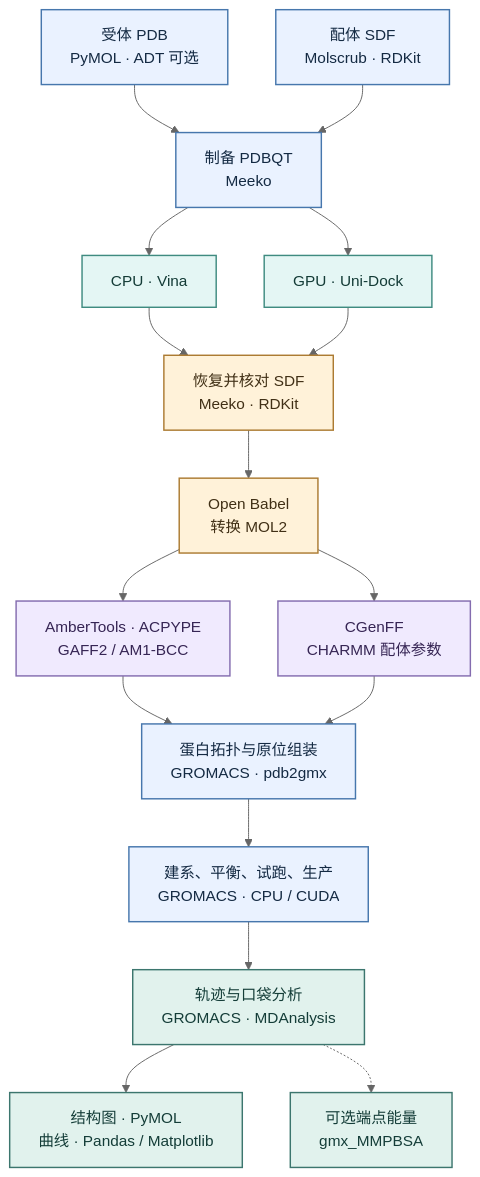
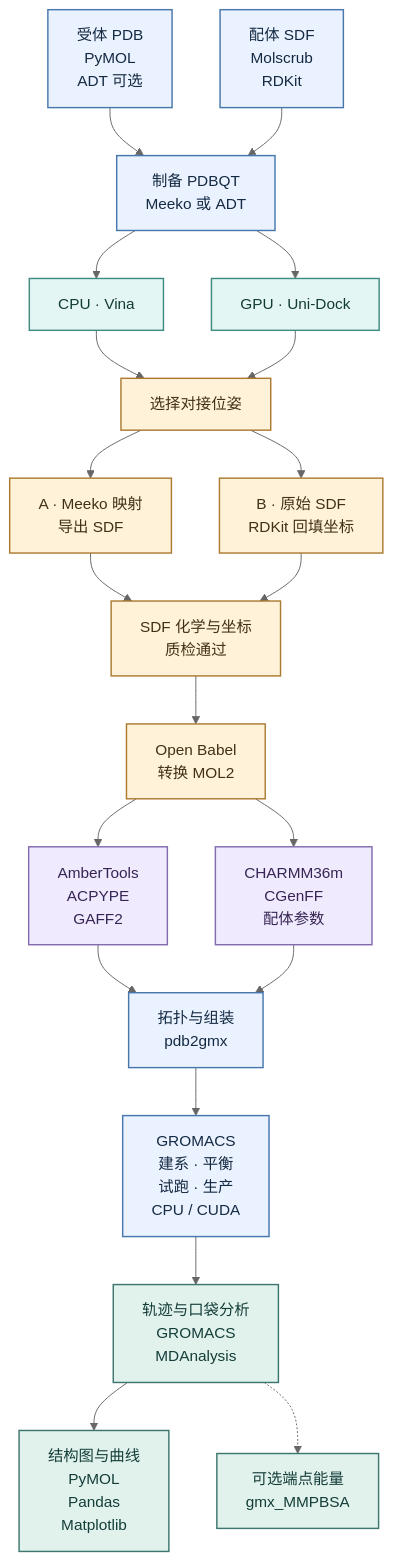
The first of 6 diagrams in README.md (LuciferBioLab/docking-gromacs-tutorial), drawn with Mermaid (neutral theme) before and after one commit. The commit also changed other lines of this file, not shown here.

Commit message:
Restore both chemistry-preserving docking-to-MD routes

````diff
--- a/README.md
+++ b/README.md
@@ -27,50 +27,65 @@
 ```mermaid
 flowchart TD
     protein["`受体 PDB
-PyMOL · ADT 可选`"]
+PyMOL
+ADT 可选`"]
     ligand["`配体 SDF
-Molscrub · RDKit`"]
+Molscrub
+RDKit`"]
     prep["`制备 PDBQT
-Meeko`"]
+Meeko 或 ADT`"]
     cpu["CPU · Vina"]
     cuda["GPU · Uni‑Dock"]
-    restore["`恢复并核对 SDF
-Meeko · RDKit`"]
+    restore["选择对接位姿"]
+    mapped["`A · Meeko 映射
+导出 SDF`"]
+    legacy["`B · 原始 SDF
+RDKit 回填坐标`"]
+    verified["`SDF 化学与坐标
+质检通过`"]
     mol2["`Open Babel
 转换 MOL2`"]
-    amber["`AmberTools · ACPYPE
-GAFF2 / AM1-BCC`"]
-    charmm["`CGenFF
-CHARMM 配体参数`"]
-    assemble["`蛋白拓扑与原位组装
-GROMACS · pdb2gmx`"]
-    simulate["`建系、平衡、试跑、生产
-GROMACS · CPU / CUDA`"]
+    amber["`AmberTools
+ACPYPE
+GAFF2`"]
+    charmm["`CHARMM36m
+CGenFF
+配体参数`"]
+    assemble["`拓扑与组装
+pdb2gmx`"]
+    simulate["`GROMACS
+建系 · 平衡
+试跑 · 生产
+CPU / CUDA`"]
     trajectory["`轨迹与口袋分析
-GROMACS · MDAnalysis`"]
+GROMACS
+MDAnalysis`"]
     energy["`可选端点能量
 gmx_MMPBSA`"]
-    figures["`结构图 · PyMOL
-曲线 · Pandas / Matplotlib`"]
+    figures["`结构图与曲线
+PyMOL
+Pandas
+Matplotlib`"]
     protein & ligand --> prep
     prep --> cpu & cuda
     cpu & cuda --> restore
-    restore --> mol2
+    restore --> mapped & legacy
+    mapped & legacy --> verified --> mol2
     mol2 --> amber & charmm
     amber & charmm --> assemble
     assemble --> simulate
     simulate --> trajectory
     trajectory --> figures
     trajectory -.-> energy
 
     classDef structure fill:#eaf2ff,stroke:#4777ad,color:#142a43,stroke-width:1.5px
     classDef docking fill:#e4f6f4,stroke:#3f8b80,color:#133b36,stroke-width:1.5px
     classDef checked fill:#fff2d9,stroke:#ac7b32,color:#413016,stroke-width:1.5px
     classDef forcefield fill:#f0eafe,stroke:#846caf,color:#362554,stroke-width:1.5px
     classDef output fill:#e1f2ed,stroke:#3c766e,color:#143d38,stroke-width:1.5px
     class protein,ligand,prep,assemble,simulate structure
     class cpu,cuda docking
-    class restore,mol2 checked
+    class restore,mapped,legacy,verified,mol2 checked
     class amber,charmm forcefield
     class trajectory,figures,energy output
 ```
````
